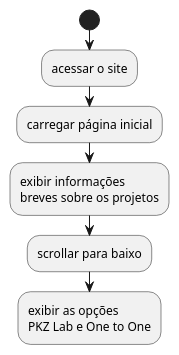
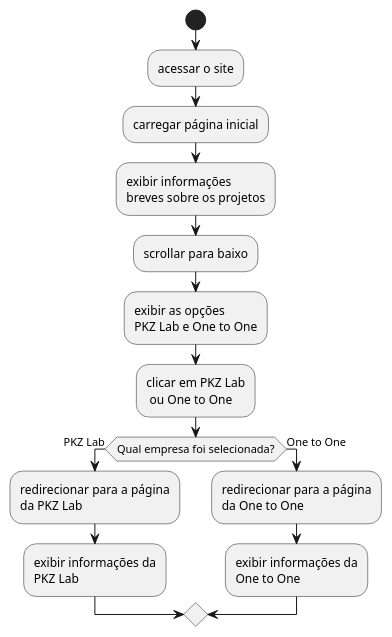
One commit to enzotrotto-ibmec/PFE-2026-2-AP1-Grupo1-terca changed the diagram in 05 - AHT/aht2.puml. Above: the diagram before and after it, drawn with PlantUML.

Commit message:
Adicionando One to One e PKZ Lab no AHT2

```diff
--- a/05 - AHT/aht2.puml
+++ b/05 - AHT/aht2.puml
@@ -2,11 +2,21 @@
 @startuml AHT2_PKZ_OneToOne
 start
 
 :acessar o site;
 :carregar página inicial;
 :exibir informações \nbreves sobre os projetos;
 :scrollar para baixo;
 :exibir as opções \nPKZ Lab e One to One;
+:clicar em PKZ Lab\n ou One to One;
+
+if (Qual empresa foi selecionada?) then (PKZ Lab)
+    :redirecionar para a página\nda PKZ Lab;
+    :exibir informações da\nPKZ Lab;
+
+
+else (One to One)
+    :redirecionar para a página\nda One to One;
+    :exibir informações da\nOne to One;
 
 
 @enduml
```
